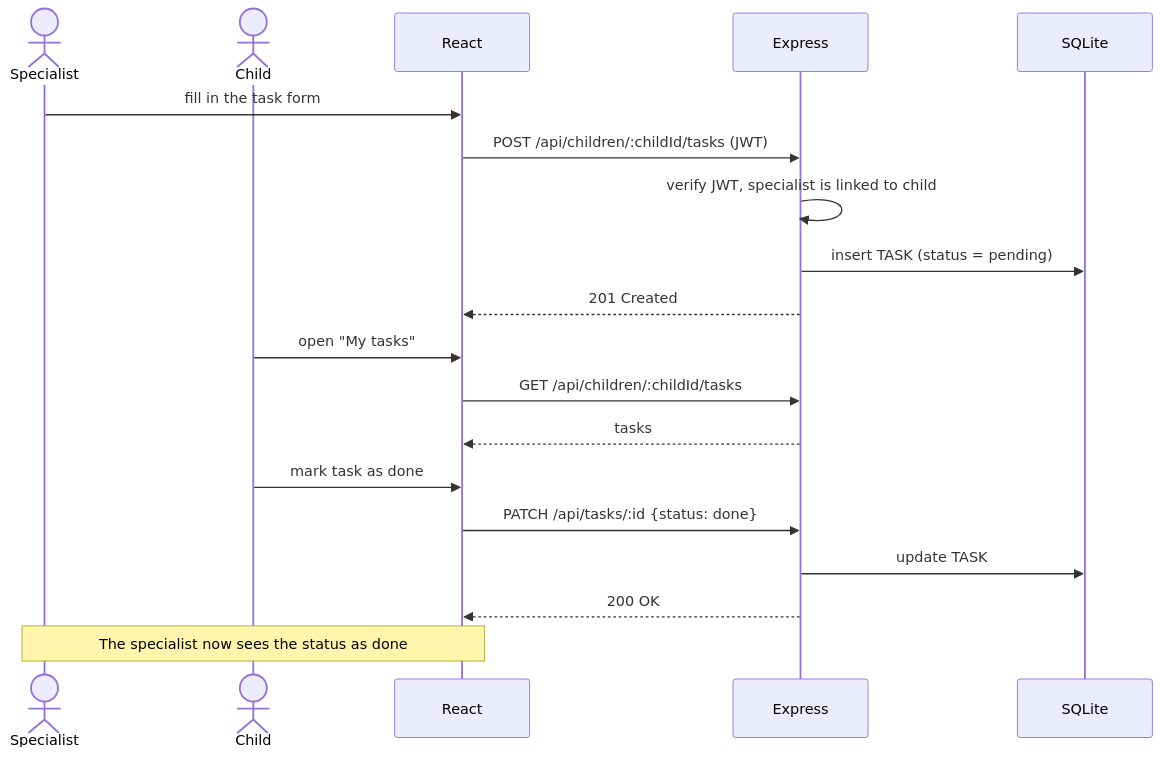
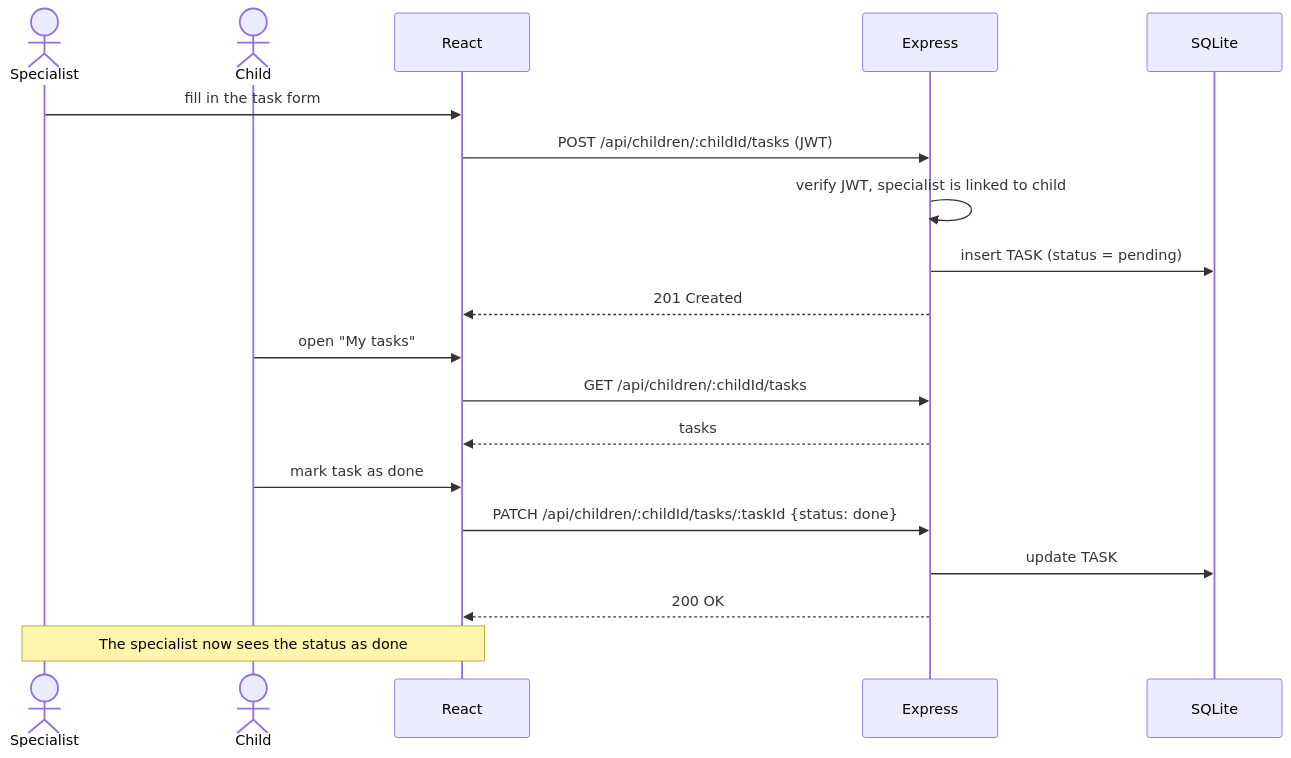
One commit to Atakan109/seng383-mag changed the fourth of 5 diagrams in docs/SDD.md. Above: the diagram before and after it, drawn with Mermaid. The commit also changed other lines of this file, not shown here.

````diff
--- a/docs/SDD.md
+++ b/docs/SDD.md
@@ -173,21 +181,21 @@
 ```mermaid
 sequenceDiagram
     actor Specialist
     actor Child
     participant FE as React
     participant API as Express
     participant DB as SQLite
     Specialist->>FE: fill in the task form
     FE->>API: POST /api/children/:childId/tasks (JWT)
     API->>API: verify JWT, specialist is linked to child
     API->>DB: insert TASK (status = pending)
     API-->>FE: 201 Created
     Child->>FE: open "My tasks"
     FE->>API: GET /api/children/:childId/tasks
     API-->>FE: tasks
     Child->>FE: mark task as done
-    FE->>API: PATCH /api/tasks/:id {status: done}
+    FE->>API: PATCH /api/children/:childId/tasks/:taskId {status: done}
     API->>DB: update TASK
     API-->>FE: 200 OK
     Note over Specialist,FE: The specialist now sees the status as done
 ```
````
